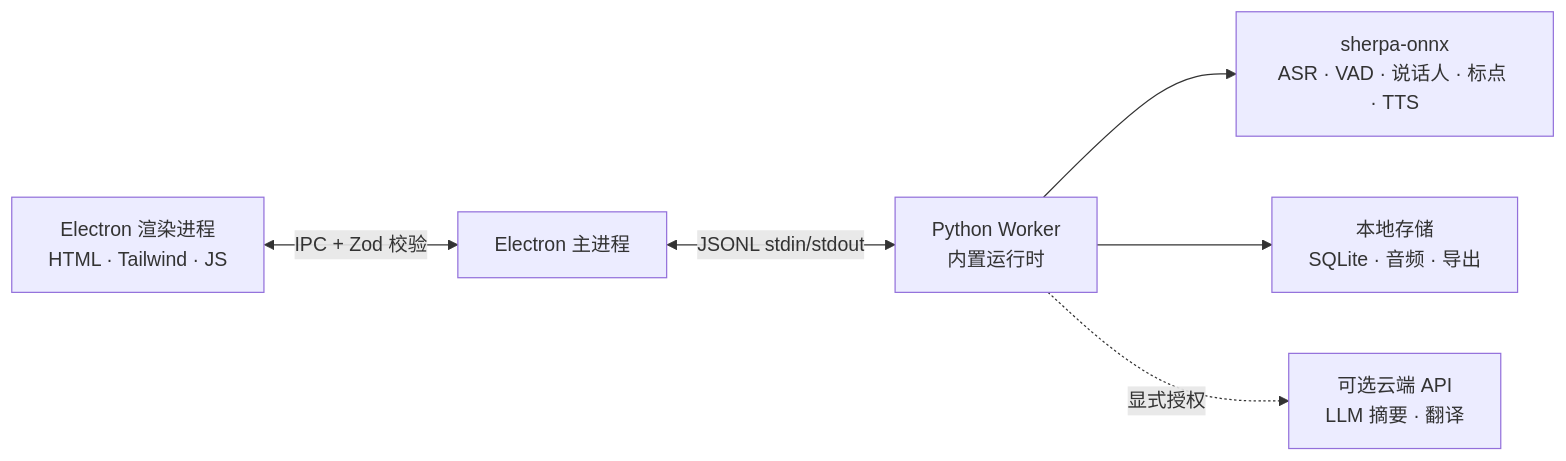
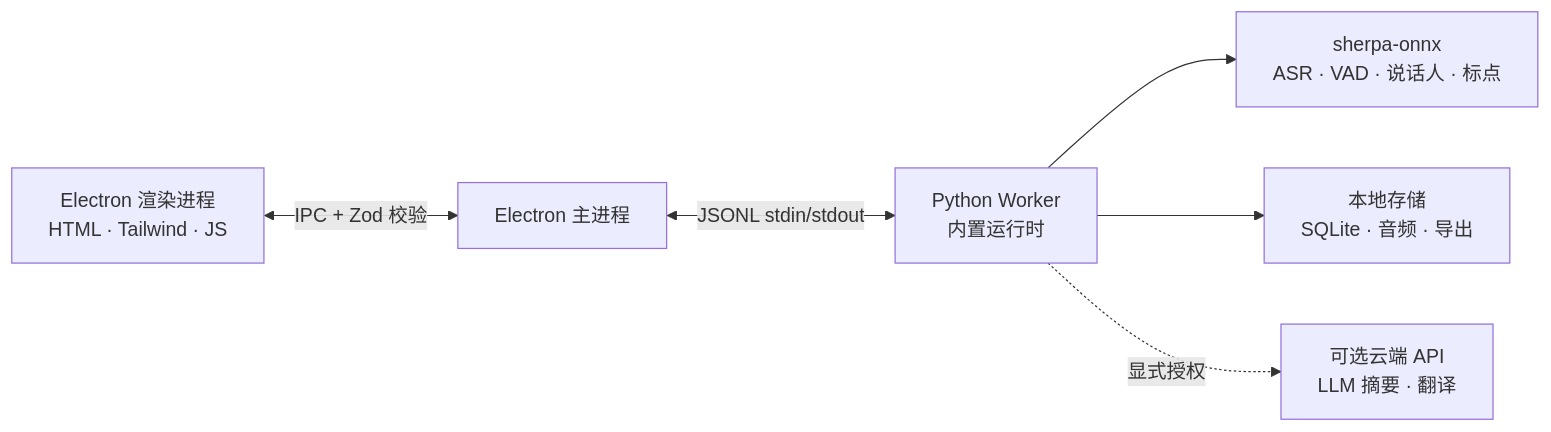
One commit to zerolovesea/Brevia changed the diagram in docs/README.zh-CN.md. Above: the diagram before and after it, drawn with Mermaid. The commit also changed other lines of this file and 47 other files, not shown here.

````diff
--- a/docs/README.zh-CN.md
+++ b/docs/README.zh-CN.md
@@ -79,8 +78,8 @@
 ```mermaid
 flowchart LR
   A[Electron 渲染进程<br/>HTML · Tailwind · JS] <-->|IPC + Zod 校验| B[Electron 主进程]
   B <-->|JSONL stdin/stdout| C[Python Worker<br/>内置运行时]
-  C --> D[sherpa-onnx<br/>ASR · VAD · 说话人 · 标点 · TTS]
+  C --> D[sherpa-onnx<br/>ASR · VAD · 说话人 · 标点]
   C --> E[本地存储<br/>SQLite · 音频 · 导出]
   C -. 显式授权 .-> F[可选云端 API<br/>LLM 摘要 · 翻译]
 ```
````
